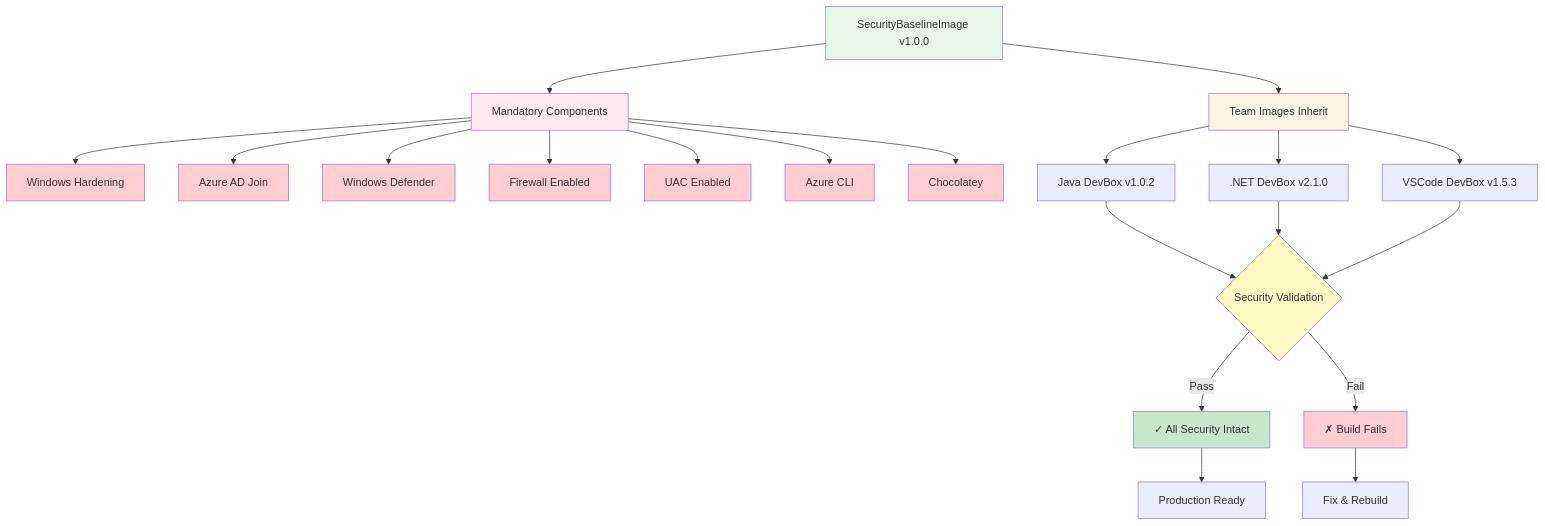
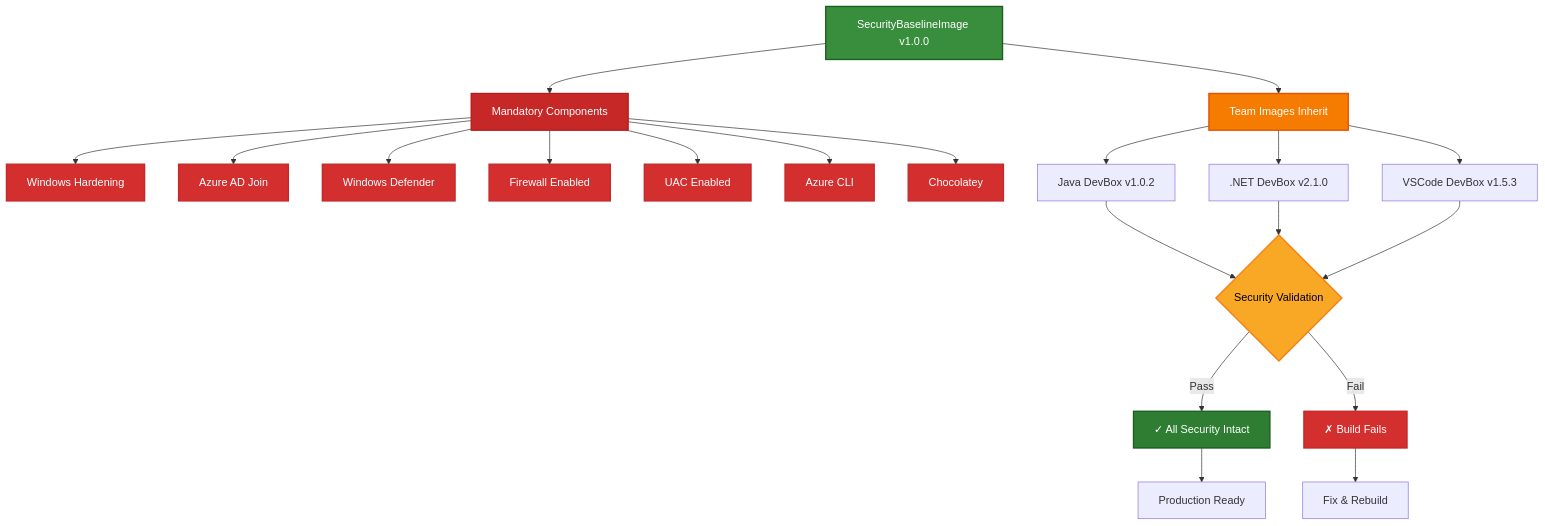
The tenth of 16 diagrams in terraform/devbox-with-multi-images-and-roles/docs/ARCHITECTURE-DIAGRAMS.md (aj-enns/microsoft.devcenter), drawn with Mermaid before and after one commit. The commit also changed other lines of this file, not shown here.

Commit message:
style: Update architecture diagrams with new color scheme for improved clarity

````diff
--- a/terraform/devbox-with-multi-images-and-roles/docs/ARCHITECTURE-DIAGRAMS.md
+++ b/terraform/devbox-with-multi-images-and-roles/docs/ARCHITECTURE-DIAGRAMS.md
@@ -377,42 +377,42 @@
 ```mermaid
 graph TD
     A[SecurityBaselineImage v1.0.0] --> B[Mandatory Components]
     
     B --> C[Windows Hardening]
     B --> D[Azure AD Join]
     B --> E[Windows Defender]
     B --> F[Firewall Enabled]
     B --> G[UAC Enabled]
     B --> H[Azure CLI]
     B --> I[Chocolatey]
     
     A --> J[Team Images Inherit]
     
     J --> K[Java DevBox v1.0.2]
     J --> L[.NET DevBox v2.1.0]
     J --> M[VSCode DevBox v1.5.3]
     
     K --> N{Security Validation}
     L --> N
     M --> N
     
     N -->|Pass| O[✓ All Security Intact]
     N -->|Fail| P[✗ Build Fails]
     
     O --> Q[Production Ready]
     P --> R[Fix & Rebuild]
     
-    style A fill:#e8f5e9
-    style B fill:#ffebee
-    style C fill:#ffcdd2
-    style D fill:#ffcdd2
-    style E fill:#ffcdd2
-    style F fill:#ffcdd2
-    style G fill:#ffcdd2
-    style H fill:#ffcdd2
-    style I fill:#ffcdd2
-    style J fill:#fff4e1
-    style N fill:#fff9c4
-    style O fill:#c8e6c9
-    style P fill:#ffcdd2
+    style A fill:#388e3c,stroke:#1b5e20,stroke-width:2px,color:#fff
+    style B fill:#c62828,stroke:#b71c1c,stroke-width:2px,color:#fff
+    style C fill:#d32f2f,stroke:#c62828,stroke-width:2px,color:#fff
+    style D fill:#d32f2f,stroke:#c62828,stroke-width:2px,color:#fff
+    style E fill:#d32f2f,stroke:#c62828,stroke-width:2px,color:#fff
+    style F fill:#d32f2f,stroke:#c62828,stroke-width:2px,color:#fff
+    style G fill:#d32f2f,stroke:#c62828,stroke-width:2px,color:#fff
+    style H fill:#d32f2f,stroke:#c62828,stroke-width:2px,color:#fff
+    style I fill:#d32f2f,stroke:#c62828,stroke-width:2px,color:#fff
+    style J fill:#f57c00,stroke:#e65100,stroke-width:2px,color:#fff
+    style N fill:#f9a825,stroke:#f57f17,stroke-width:2px,color:#000
+    style O fill:#2e7d32,stroke:#1b5e20,stroke-width:2px,color:#fff
+    style P fill:#d32f2f,stroke:#c62828,stroke-width:2px,color:#fff
 ```
````
